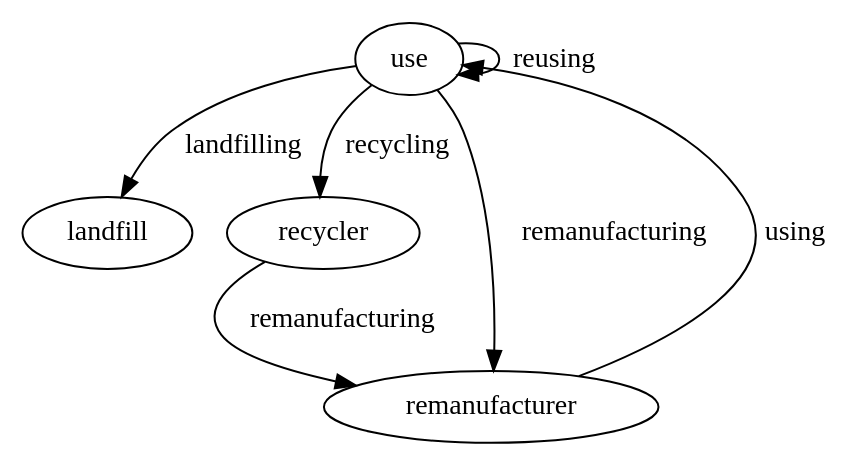
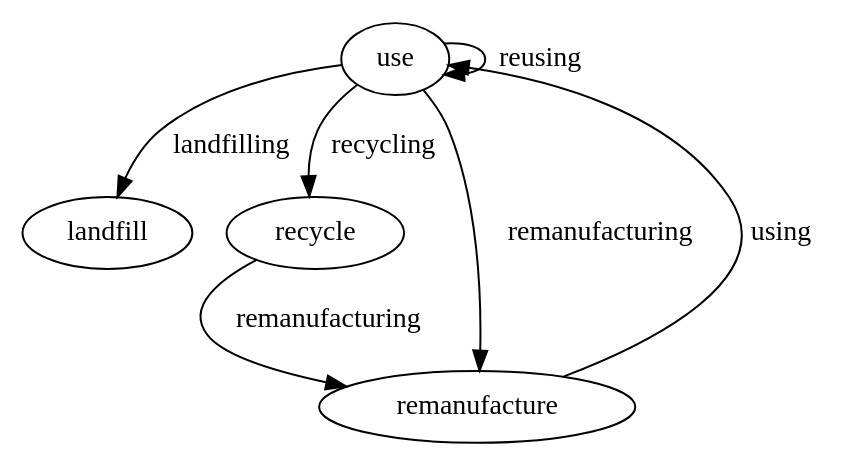
One commit to NREL/celavi changed the diagram in graphviz/file.dot. Above: the diagram before and after it, drawn with Graphviz. The commit also changed 2 other files, not shown here.

```diff
--- a/graphviz/file.dot
+++ b/graphviz/file.dot
@@ -1,8 +1,8 @@
 digraph  {
 	use -> use	 [label=reusing];
 	use -> landfill	 [label=landfilling];
-	use -> recycler	 [label=recycling];
-	use -> remanufacturer	 [label=remanufacturing];
-	recycler -> remanufacturer	 [label=remanufacturing];
-	remanufacturer -> use	 [label=using];
+	use -> recycle	 [label=recycling];
+	use -> remanufacture	 [label=remanufacturing];
+	recycle -> remanufacture	 [label=remanufacturing];
+	remanufacture -> use	 [label=using];
 }
```
